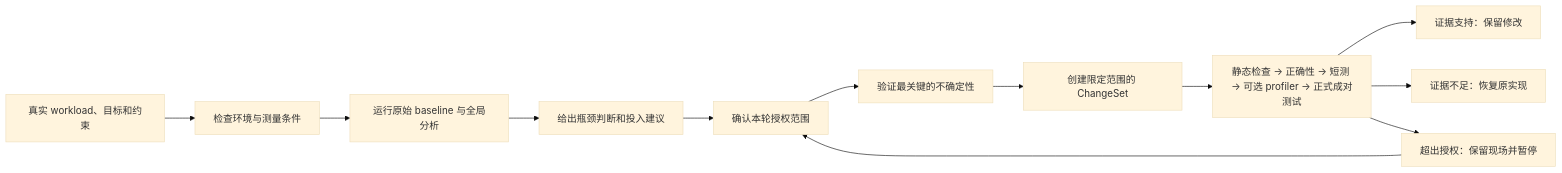
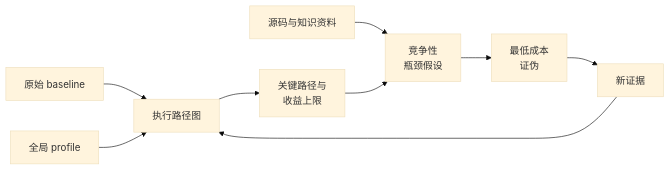
One commit to troycheng/cuda-kernel-optimizer changed the first of 2 diagrams in README.md. Above: the diagram before and after it, drawn with Mermaid (base theme). The commit also changed other lines of this file and 12 other files, not shown here.

````diff
--- a/README.md
+++ b/README.md
@@ -62,14 +86,11 @@
 ```mermaid
 flowchart LR
-    input["真实 workload、目标和约束"] --> ready["检查环境与测量条件"]
-    ready --> baseline["运行原始 baseline 与全局分析"]
-    baseline --> brief["给出瓶颈判断和投入建议"]
-    brief --> grant["确认本轮授权范围"]
-    grant --> evidence["验证最关键的不确定性"]
-    evidence --> change["创建限定范围的 ChangeSet"]
-    change --> stages["静态检查 → 正确性 → 短测 → 可选 profiler → 正式成对测试"]
-    stages --> keep["证据支持：保留修改"]
-    stages --> restore["证据不足：恢复原实现"]
-    stages --> pause["超出授权：保留现场并暂停"]
-    pause --> grant
+    baseline["原始 baseline"] --> execution["执行路径图"]
+    profile["全局 profile"] --> execution
+    execution --> accounting["关键路径与<br/>收益上限"]
+    source["源码与知识资料"] --> hypotheses["竞争性<br/>瓶颈假设"]
+    accounting --> hypotheses
+    hypotheses --> falsifier["最低成本<br/>证伪"]
+    falsifier --> evidence["新证据"]
+    evidence --> execution
 ```
````
